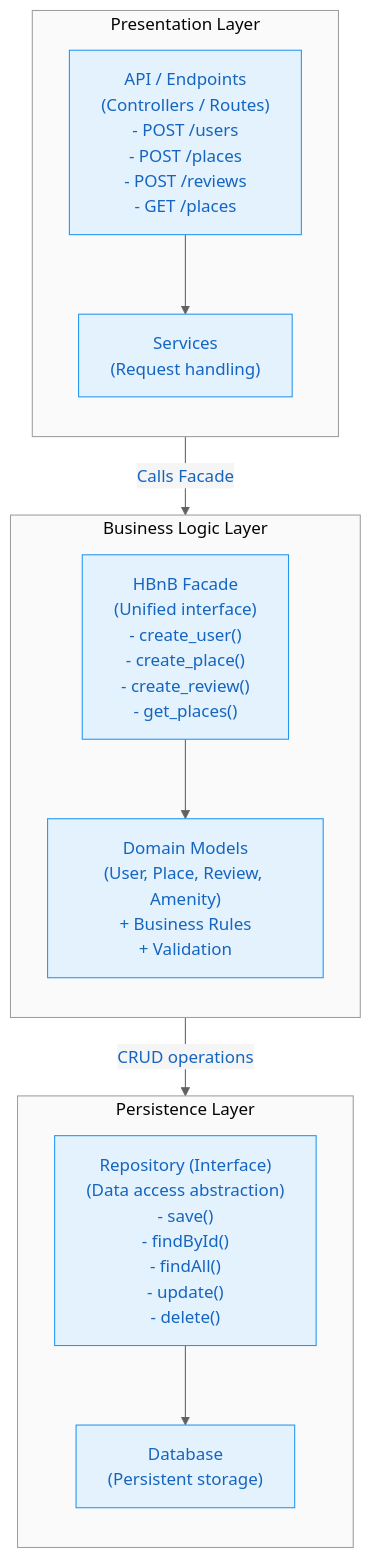
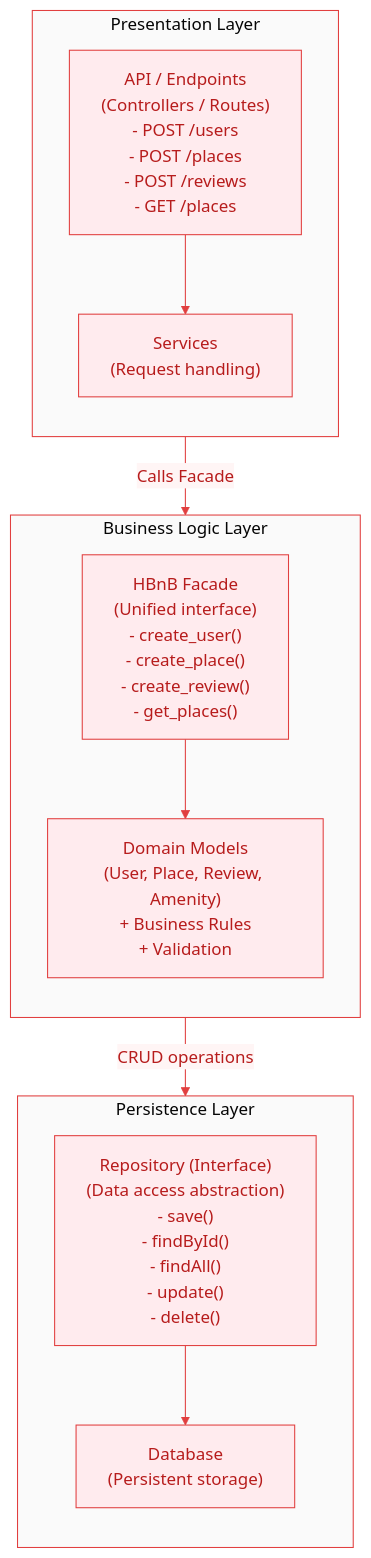
One commit to ValentinDLC/HolbertonSchool-Hbnb changed the diagram in Part1/High_level_package_diagram.md. Above: the diagram before and after it, drawn with Mermaid. The commit also changed 2 other files, not shown here.

Commit message:
Style: apply Holberton red theme across all UML diagrams

````diff
--- a/Part1/High_level_package_diagram.md
+++ b/Part1/High_level_package_diagram.md
@@ -1,49 +1,48 @@
 ```mermaid
 %%{init: {'theme':'base', 'themeVariables': {
-  'primaryColor':'#E3F2FD',
-  'primaryTextColor':'#1565C0',
-  'primaryBorderColor':'#2196F3',
-  'lineColor':'#616161',
-  'secondaryColor':'#F5F5F5',
+  'primaryColor':'#FFEBEE',
+  'primaryTextColor':'#B71C1C',
+  'primaryBorderColor':'#E13F3F',
+  'lineColor':'#E13F3F',
+  'secondaryColor':'#FFF5F5',
   'tertiaryColor':'#FAFAFA',
   'clusterBkg':'#FAFAFA',
-  'clusterBorder':'#9E9E9E'
+  'clusterBorder':'#E13F3F'
 }}}%%
 flowchart TB
-
     %% ===================
     %% Presentation Layer
     %% ===================
     subgraph P["Presentation Layer"]
         direction TB
         API["API / Endpoints\n(Controllers / Routes)\n- POST /users\n- POST /places\n- POST /reviews\n- GET /places"]
         SVC["Services\n(Request handling)"]
         API --> SVC
     end
 
     %% ===================
     %% Business Logic Layer
     %% ===================
     subgraph B["Business Logic Layer"]
         direction TB
         FACADE["HBnB Facade\n(Unified interface)\n- create_user()\n- create_place()\n- create_review()\n- get_places()"]
         MODELS["Domain Models\n(User, Place, Review, Amenity)\n+ Business Rules\n+ Validation"]
         FACADE --> MODELS
     end
 
     %% ===================
     %% Persistence Layer
     %% ===================
     subgraph D["Persistence Layer"]
         direction TB
         REPO["Repository (Interface)\n(Data access abstraction)\n- save()\n- findById()\n- findAll()\n- update()\n- delete()"]
         DB["Database\n(Persistent storage)"]
         REPO --> DB
     end
 
     %% ===================
     %% Layer Communication (Dependencies)
     %% ===================
     SVC -->|Calls Facade| FACADE
     MODELS -->|CRUD operations| REPO
 ```
````
